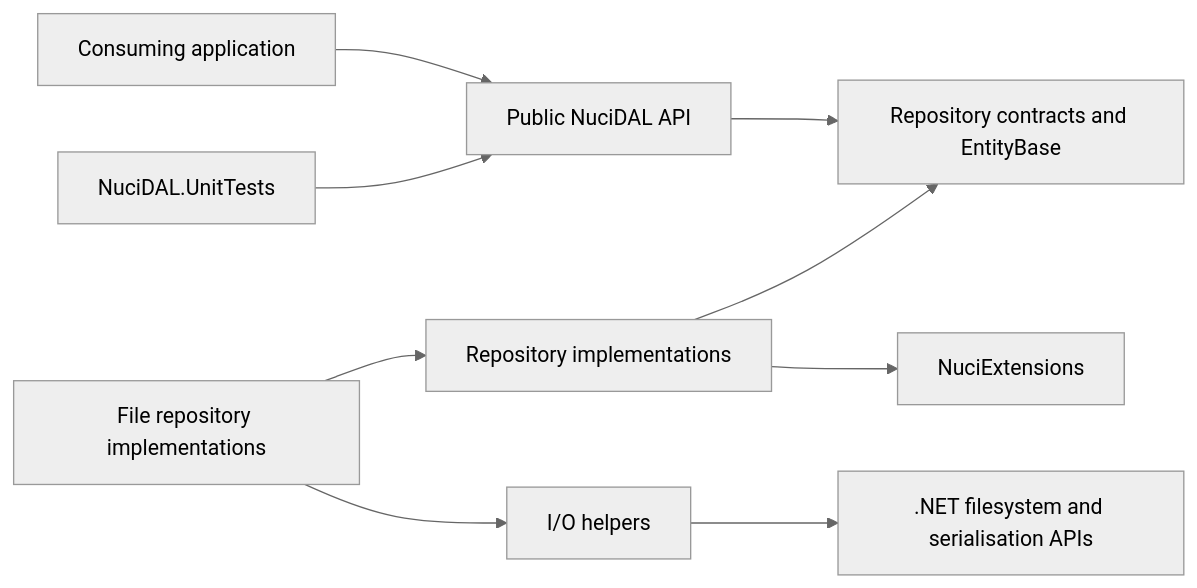
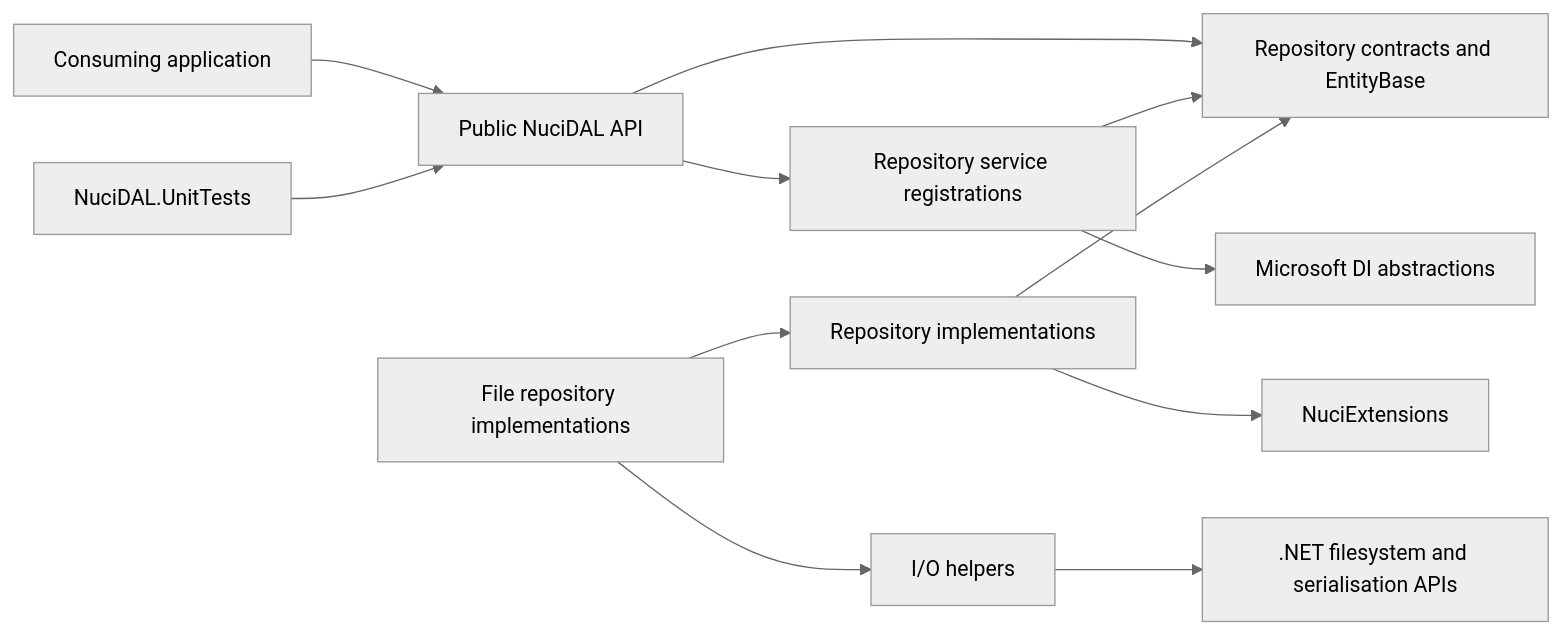
Before and after one commit to hmlendea/nucidal: the eighth of 8 diagrams in ARCHITECTURE.md, drawn with Mermaid (neutral theme). The commit also changed other lines of this file and 6 other files, not shown here.

````diff
--- a/ARCHITECTURE.md
+++ b/ARCHITECTURE.md
@@ -391,11 +429,14 @@
 ```mermaid
 flowchart LR
     Consumer["Consuming application"] --> Public["Public NuciDAL API"]
+    Public --> Registration["Repository service registrations"]
     Public --> Contracts["Repository contracts and EntityBase"]
+    Registration --> Contracts
+    Registration --> DependencyInjection["Microsoft DI abstractions"]
     Implementations["Repository implementations"] --> Contracts
     FileImplementations["File repository implementations"] --> Implementations
     FileImplementations --> IO["I/O helpers"]
     Implementations --> Extensions["NuciExtensions"]
     IO --> Framework[".NET filesystem and serialisation APIs"]
     Tests["NuciDAL.UnitTests"] --> Public
 ```
````
